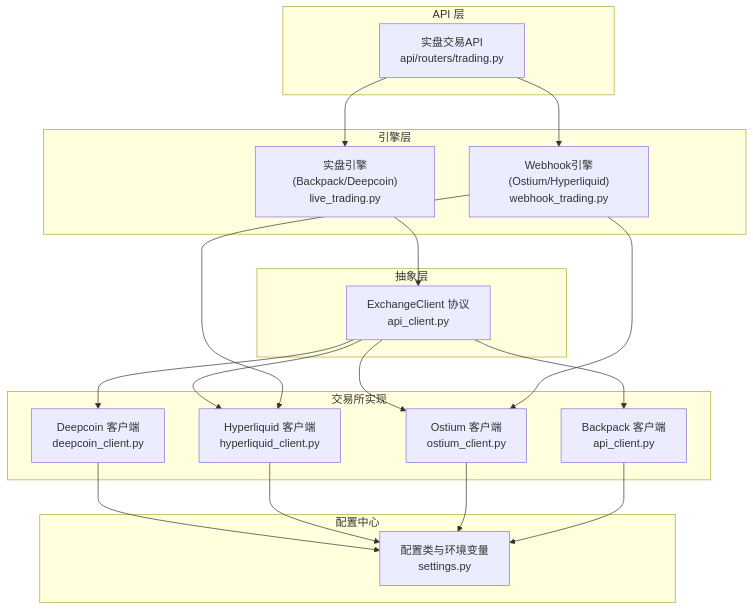
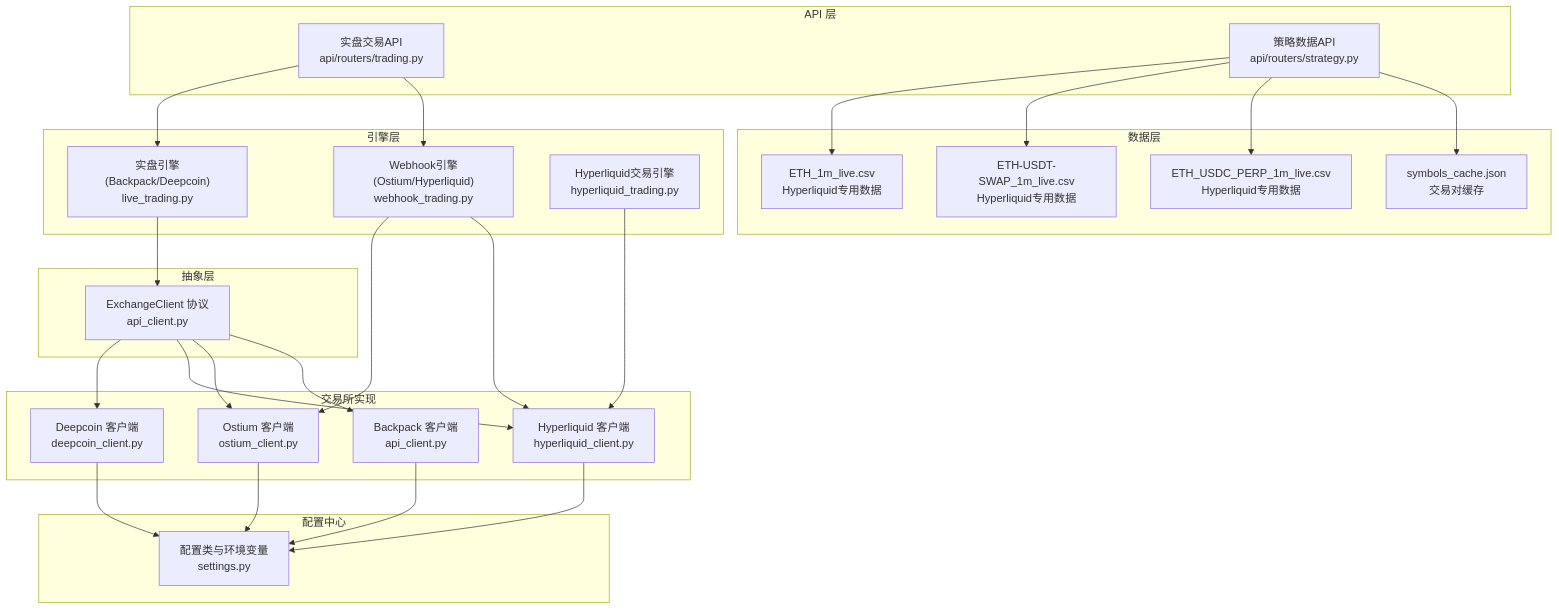
Before and after one commit to zyf266/ending: the first of 9 diagrams in .qoder/repowiki/zh/content/交易所集成/交易所集成.md, drawn with Mermaid. The commit also changed other lines of this file and 40 other files, not shown here.

````diff
--- a/.qoder/repowiki/zh/content/交易所集成/交易所集成.md
+++ b/.qoder/repowiki/zh/content/交易所集成/交易所集成.md
@@ -45,35 +62,48 @@
 ```mermaid
 graph TB
 subgraph "抽象层"
 EC["ExchangeClient 协议<br/>api_client.py"]
 end
 subgraph "交易所实现"
 DC["Deepcoin 客户端<br/>deepcoin_client.py"]
 HL["Hyperliquid 客户端<br/>hyperliquid_client.py"]
 OS["Ostium 客户端<br/>ostium_client.py"]
 BK["Backpack 客户端<br/>api_client.py"]
 end
 subgraph "配置中心"
 CFG["配置类与环境变量<br/>settings.py"]
 end
 subgraph "引擎层"
 LT["实盘引擎(Backpack/Deepcoin)<br/>live_trading.py"]
 WT["Webhook引擎(Ostium/Hyperliquid)<br/>webhook_trading.py"]
+HLT["Hyperliquid交易引擎<br/>hyperliquid_trading.py"]
 end
 subgraph "API 层"
 TR["实盘交易API<br/>api/routers/trading.py"]
+STR["策略数据API<br/>api/routers/strategy.py"]
+end
+subgraph "数据层"
+CSV1["ETH_1m_live.csv<br/>Hyperliquid专用数据"]
+CSV2["ETH-USDT-SWAP_1m_live.csv<br/>Hyperliquid专用数据"]
+CSV3["ETH_USDC_PERP_1m_live.csv<br/>Hyperliquid专用数据"]
+SYM["symbols_cache.json<br/>交易对缓存"]
 end
 EC --> DC
 EC --> HL
 EC --> OS
 EC --> BK
 LT --> EC
 WT --> OS
 WT --> HL
+HLT --> HL
 DC --> CFG
 HL --> CFG
 OS --> CFG
 BK --> CFG
 TR --> LT
 TR --> WT
+STR --> CSV1
+STR --> CSV2
+STR --> CSV3
+STR --> SYM
 ```
````
